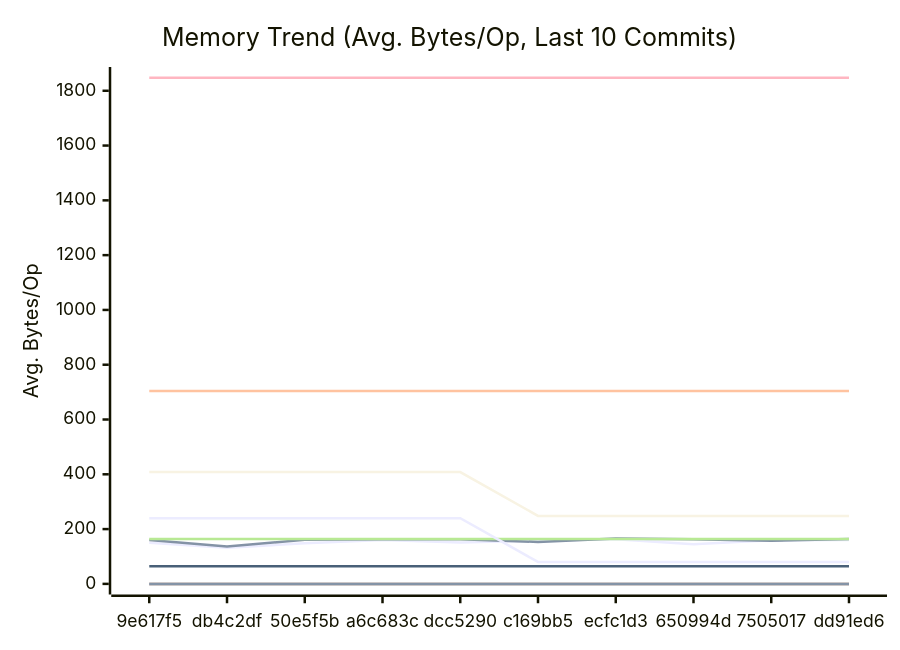
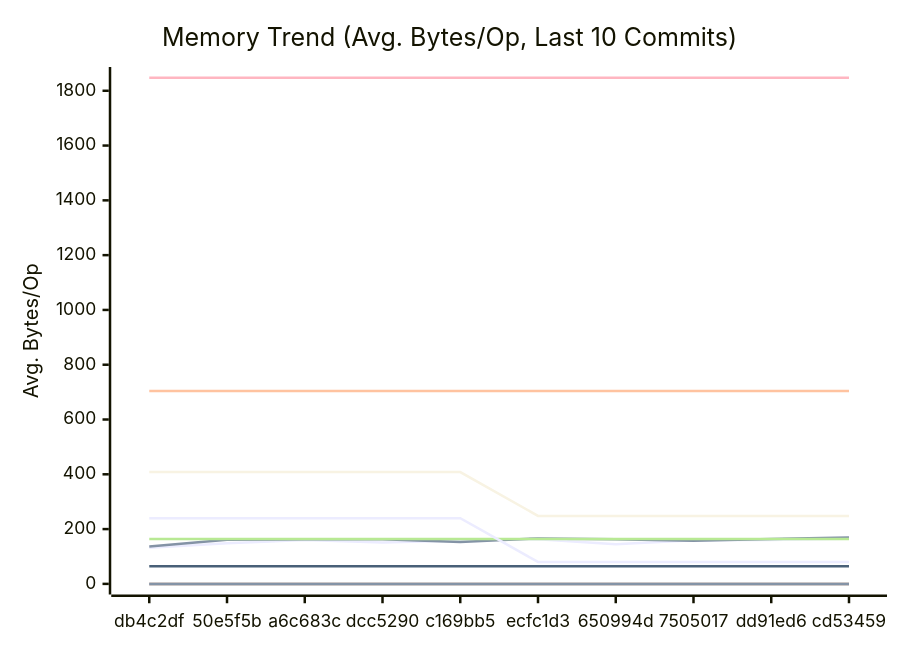
One commit to alsotoes/momo changed the second of 3 diagrams in docs/PERFORMANCE.md. Above: the diagram before and after it, drawn with Mermaid. The commit also changed other lines of this file and 2 other files, not shown here.

````diff
--- a/docs/PERFORMANCE.md
+++ b/docs/PERFORMANCE.md
@@ -171,20 +171,20 @@
 ```mermaid
 xychart-beta
     title "Memory Trend (Avg. Bytes/Op, Last 10 Commits)"
     x-axis "Commit"
     y-axis "Avg. Bytes/Op"
-    x-axis [9e617f5,db4c2df,50e5f5b,a6c683c,dcc5290,c169bb5,ecfc1d3,650994d,7505017,dd91ed6]
-    line "AWSChunkedReaderSigned" [150,132,148,160,151,158,163,145,159,160]
-    line "AWSChunkedReaderUnsigned" [160,136,161,163,163,153,166,163,157,164]
+    x-axis [db4c2df,50e5f5b,a6c683c,dcc5290,c169bb5,ecfc1d3,650994d,7505017,dd91ed6,cd53459]
+    line "AWSChunkedReaderSigned" [132,148,160,151,158,163,145,159,160,165]
+    line "AWSChunkedReaderUnsigned" [136,161,163,163,153,166,163,157,164,169]
     line "CheckMetricsAndSwap" [0,0,0,0,0,0,0,0,0,0]
     line "CrushOptimized" [0,0,0,0,0,0,0,0,0,0]
     line "CrushOriginal" [164,164,164,164,164,164,164,164,164,164]
     line "IndexDirectTracking" [0,0,0,0,0,0,0,0,0,0]
     line "IndexSearch" [0,0,0,0,0,0,0,0,0,0]
     line "LoadGlobalConfig" [1848,1848,1848,1848,1848,1848,1848,1848,1848,1848]
     line "PadString" [64,64,64,64,64,64,64,64,64,64]
     line "ParseReplicationOrder_NoPrealloc" [408,408,408,408,408,248,248,248,248,248]
     line "ParseReplicationOrder_Prealloc" [240,240,240,240,240,80,80,80,80,80]
     line "SanitizeLog/Safe" [0,0,0,0,0,0,0,0,0,0]
     line "SanitizeLog/Unsafe" [704,704,704,704,704,704,704,704,704,704]
 ```
````
